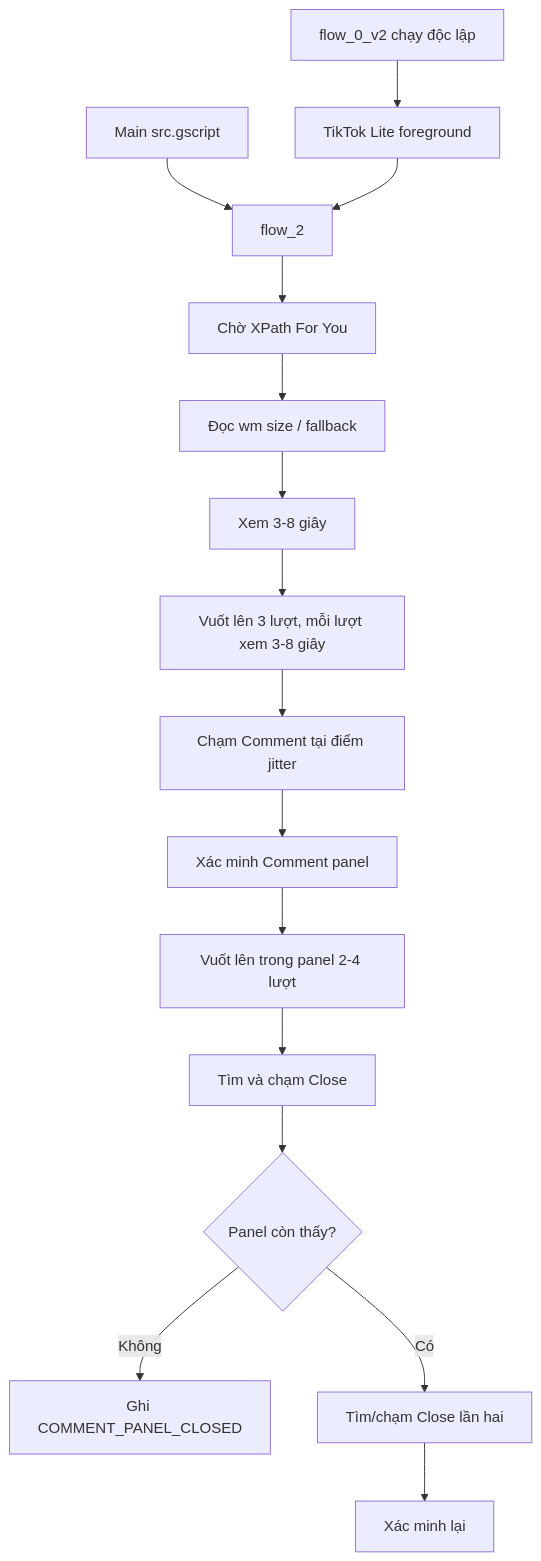
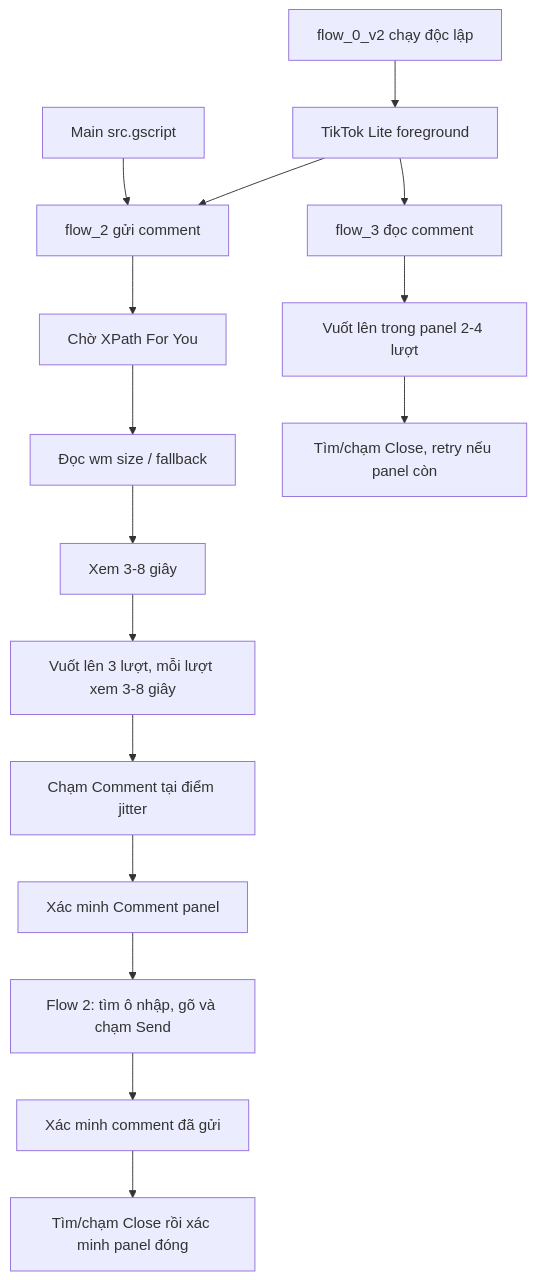
The diagram in PHONE_ACTION_RUNBOOK.md (phudinhvfx/gpmautomate_box_v2), drawn with Mermaid before and after one commit. The commit also changed other lines of this file and 9 other files, not shown here.

````diff
--- a/PHONE_ACTION_RUNBOOK.md
+++ b/PHONE_ACTION_RUNBOOK.md
@@ -17,18 +18,18 @@
 ```mermaid
 flowchart TD
   A[flow_0_v2 chạy độc lập] --> B[TikTok Lite foreground]
-  C[Main src.gscript] --> D[flow_2]
+  C[Main src.gscript] --> D[flow_2 gửi comment]
   B --> D
+  B --> Q[flow_3 đọc comment]
   D --> E[Chờ XPath For You]
   E --> F[Đọc wm size / fallback]
   F --> G[Xem 3-8 giây]
   G --> H[Vuốt lên 3 lượt, mỗi lượt xem 3-8 giây]
   H --> I[Chạm Comment tại điểm jitter]
   I --> J[Xác minh Comment panel]
-  J --> K[Vuốt lên trong panel 2-4 lượt]
-  K --> L[Tìm và chạm Close]
-  L --> M{Panel còn thấy?}
-  M -->|Không| N[Ghi COMMENT_PANEL_CLOSED]
-  M -->|Có| O[Tìm/chạm Close lần hai]
-  O --> P[Xác minh lại]
+  J --> K[Flow 2: tìm ô nhập, gõ và chạm Send]
+  K --> L[Xác minh comment đã gửi]
+  L --> M[Tìm/chạm Close rồi xác minh panel đóng]
+  Q --> R[Vuốt lên trong panel 2-4 lượt]
+  R --> S[Tìm/chạm Close, retry nếu panel còn]
 ```
````
